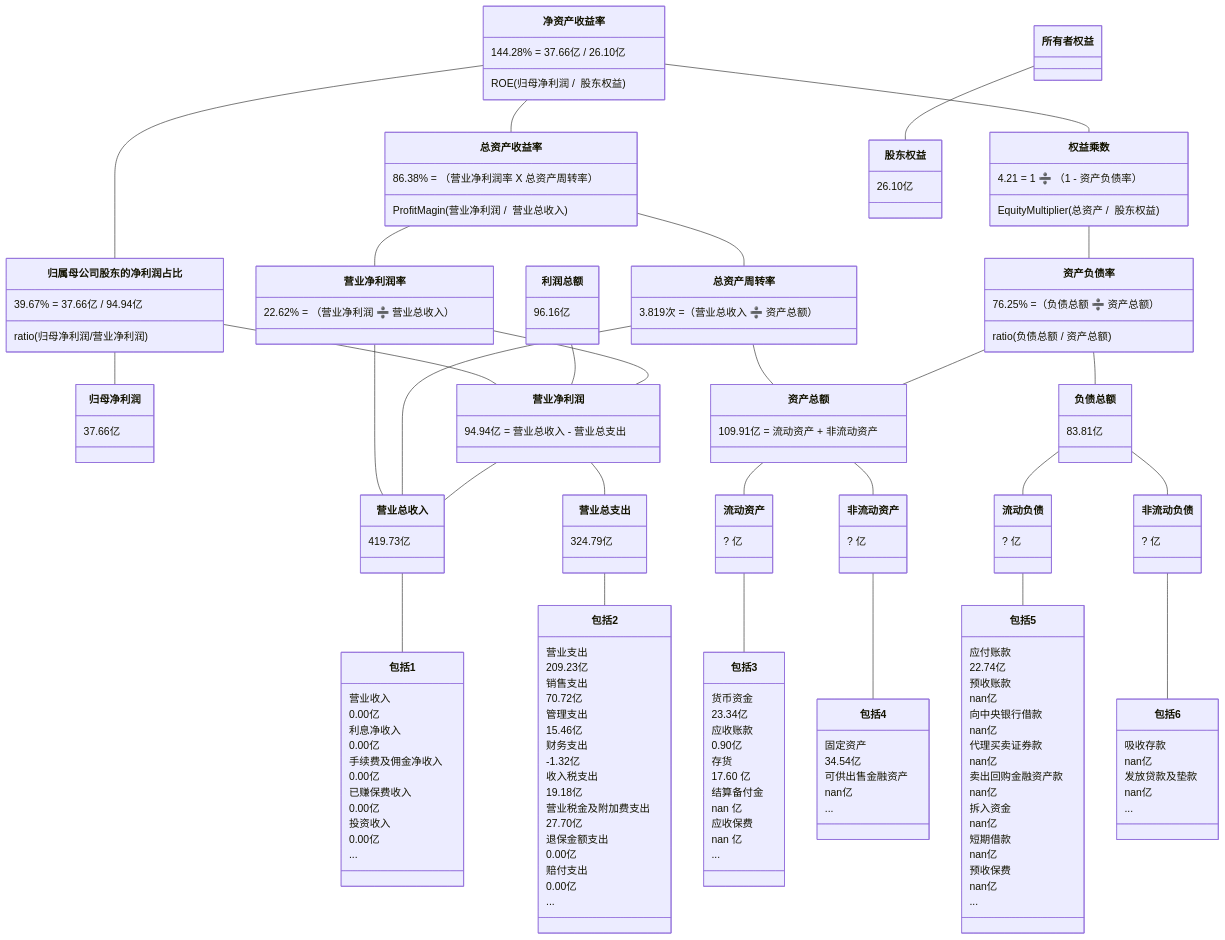
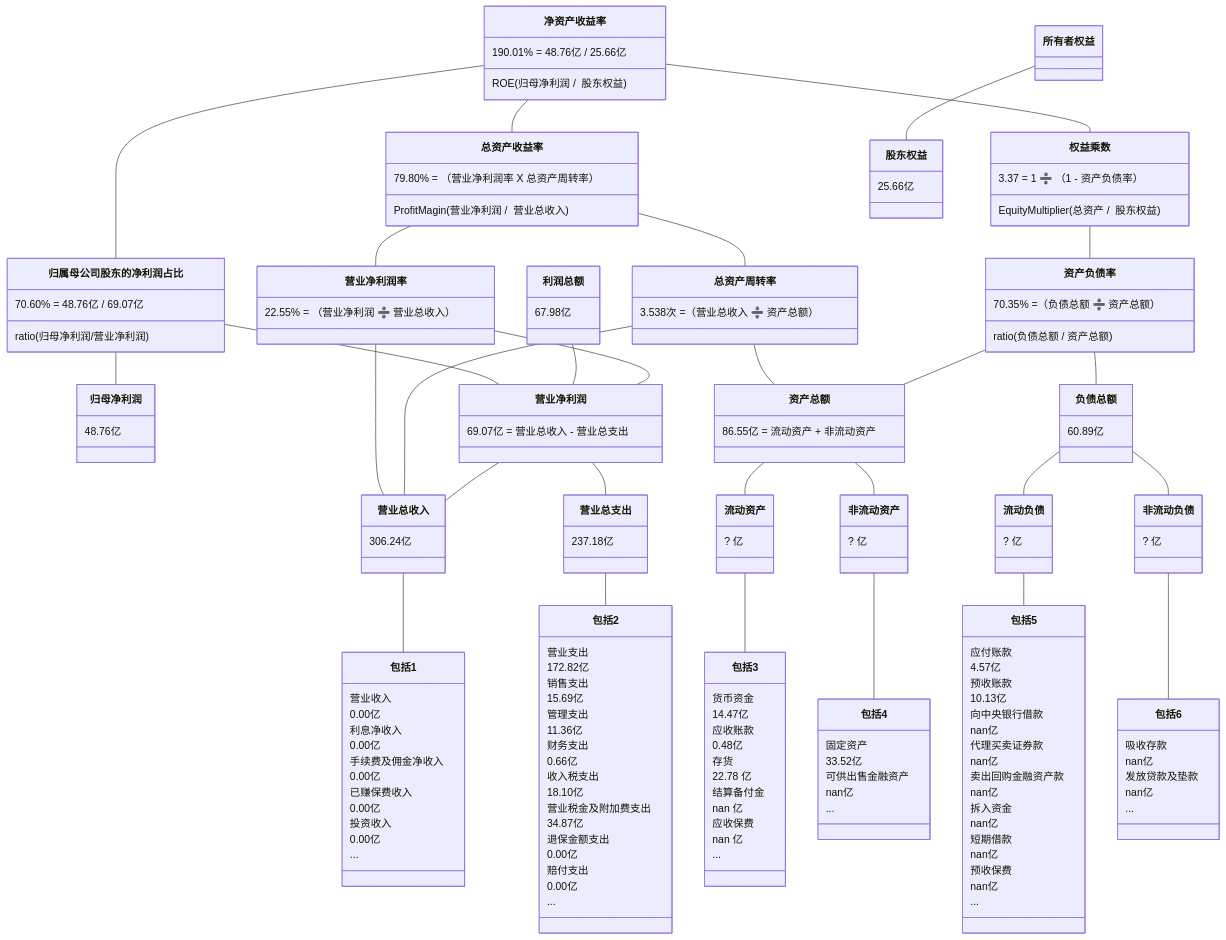
One commit to TheVeryDarkness/cs410 changed the third of 10 diagrams in 2/2.md. Above: the diagram before and after it, drawn with Mermaid. The commit also changed other lines of this file and 72 other files, not shown here.

````diff
--- a/2/2.md
+++ b/2/2.md
@@ -313,45 +325,45 @@
 ```mermaid
 classDiagram
 净资产收益率 -- 总资产收益率
-    净资产收益率 : 144.28% = 37.66亿 / 26.10亿
+    净资产收益率 : 190.01% = 48.76亿 / 25.66亿
     净资产收益率 : ROE(归母净利润 /  股东权益)
-    总资产收益率 : 86.38% = （营业净利润率 X 总资产周转率）
+    总资产收益率 : 79.80% = （营业净利润率 X 总资产周转率）
     总资产收益率 : ProfitMagin(营业净利润 /  营业总收入)
 净资产收益率 -- 归属母公司股东的净利润占比
-	  归属母公司股东的净利润占比 : 39.67% = 37.66亿 / 94.94亿
+	  归属母公司股东的净利润占比 : 70.60% = 48.76亿 / 69.07亿
 	  归属母公司股东的净利润占比 : ratio(归母净利润/营业净利润)
 归属母公司股东的净利润占比 -- 归母净利润
-    归母净利润 : 37.66亿
+    归母净利润 : 48.76亿
 归属母公司股东的净利润占比 -- 营业净利润
-利润总额 : 96.16亿
+利润总额 : 67.98亿
 利润总额 -- 营业净利润
 净资产收益率 -- 权益乘数
-    权益乘数 : 4.21 = 1 ➗ （1 - 资产负债率）
+    权益乘数 : 3.37 = 1 ➗ （1 - 资产负债率）
     权益乘数 : EquityMultiplier(总资产 /  股东权益)
 
 总资产收益率 -- 营业净利润率
-    营业净利润率 : 22.62% = （营业净利润 ➗ 营业总收入）
+    营业净利润率 : 22.55% = （营业净利润 ➗ 营业总收入）
 总资产收益率 -- 总资产周转率
-    总资产周转率 : 3.819次 =（营业总收入 ➗ 资产总额）
+    总资产周转率 : 3.538次 =（营业总收入 ➗ 资产总额）
 权益乘数 -- 资产负债率
-    资产负债率  : 76.25% =（负债总额 ➗ 资产总额）
+    资产负债率  : 70.35% =（负债总额 ➗ 资产总额）
     资产负债率  : ratio(负债总额 / 资产总额)
 
 营业净利润率 -- 营业净利润
-    营业净利润 : 94.94亿 = 营业总收入 - 营业总支出
+    营业净利润 : 69.07亿 = 营业总收入 - 营业总支出
 营业净利润率 -- 营业总收入
 总资产周转率 -- 营业总收入
 总资产周转率 -- 资产总额
-    资产总额 : 109.91亿 = 流动资产 + 非流动资产
+    资产总额 : 86.55亿 = 流动资产 + 非流动资产
 资产负债率 -- 负债总额
-    负债总额 : 83.81亿
+    负债总额 : 60.89亿
 资产负债率 -- 资产总额
 
 
 营业净利润 -- 营业总收入
-    营业总收入 : 419.73亿
+    营业总收入 : 306.24亿
 营业净利润 -- 营业总支出
-    营业总支出 : 324.79亿
+    营业总支出 : 237.18亿
 资产总额 -- 流动资产
 	  流动资产 : ? 亿
 资产总额 -- 非流动资产
@@ -375,17 +387,17 @@
     包括1 : ...
 营业总支出 -- 包括2
     包括2 : 营业支出
-    包括2 : 209.23亿
+    包括2 : 172.82亿
     包括2 : 销售支出
-    包括2 : 70.72亿
+    包括2 : 15.69亿
     包括2 : 管理支出
-    包括2 : 15.46亿
+    包括2 : 11.36亿
     包括2 : 财务支出
-    包括2 : -1.32亿
+    包括2 : 0.66亿
     包括2 : 收入税支出
-    包括2 : 19.18亿
+    包括2 : 18.10亿
     包括2 : 营业税金及附加费支出
-    包括2 : 27.70亿
+    包括2 : 34.87亿
     包括2 : 退保金额支出
     包括2 : 0.00亿
     包括2 : 赔付支出
@@ -393,11 +405,11 @@
     包括2 : ...
 流动资产 -- 包括3
     包括3 : 货币资金
-    包括3 : 23.34亿
+    包括3 : 14.47亿
     包括3 : 应收账款
-    包括3 : 0.90亿
+    包括3 : 0.48亿
     包括3 : 存货
-    包括3 : 17.60 亿
+    包括3 : 22.78 亿
     包括3 : 结算备付金
     包括3 : nan 亿
     包括3 : 应收保费
@@ -405,15 +417,15 @@
     包括3 : ...
 非流动资产 -- 包括4
     包括4 : 固定资产
-    包括4 : 34.54亿
+    包括4 : 33.52亿
     包括4 : 可供出售金融资产
     包括4 : nan亿
     包括4 : ...
 流动负债 -- 包括5
     包括5 : 应付账款
-    包括5 : 22.74亿
+    包括5 : 4.57亿
     包括5 : 预收账款
-    包括5 : nan亿
+    包括5 : 10.13亿
     包括5 : 向中央银行借款
     包括5 : nan亿
     包括5 : 代理买卖证券款
@@ -434,5 +446,5 @@
     包括6 : nan亿
     包括6 : ...
 所有者权益 -- 股东权益
-    股东权益 : 26.10亿
+    股东权益 : 25.66亿
 ```
````
